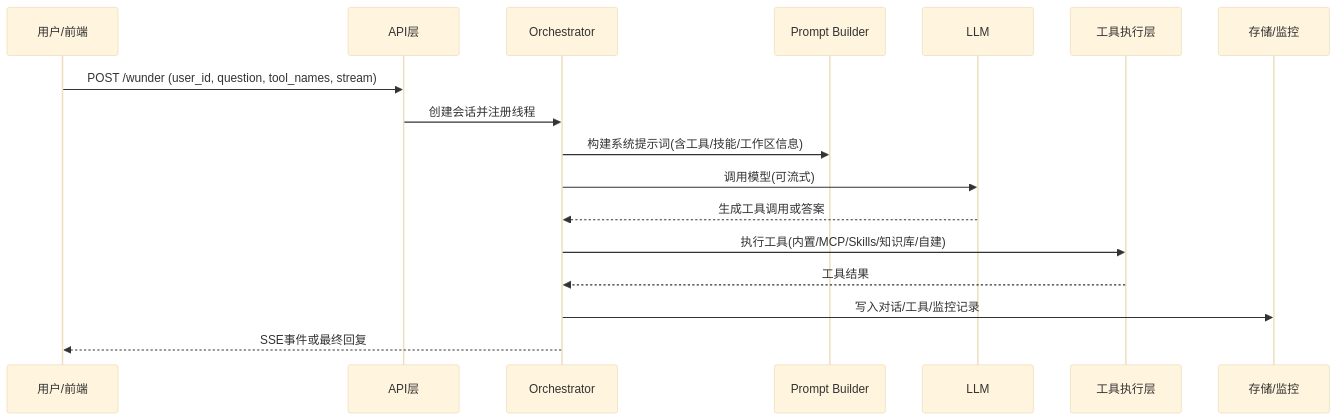
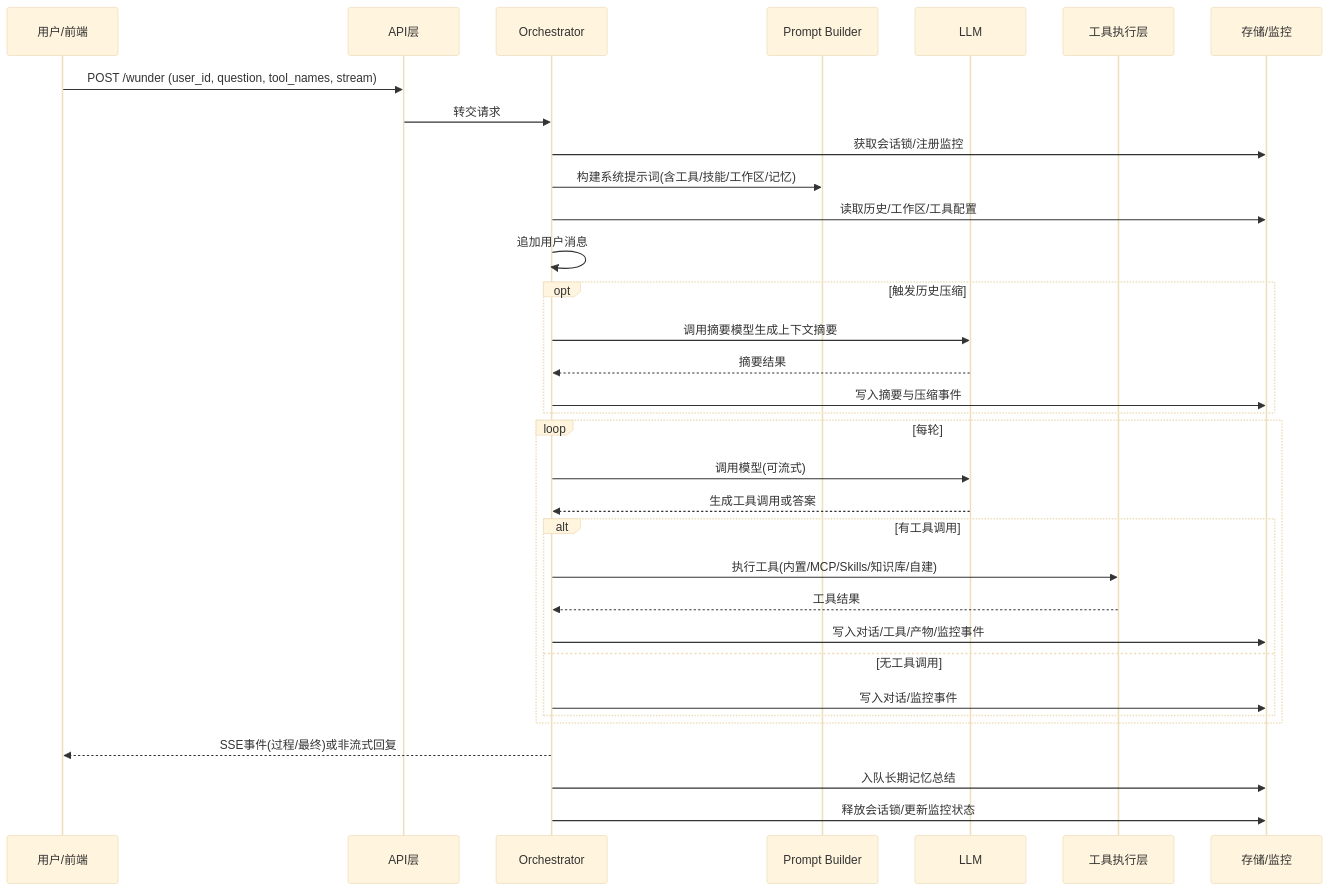
Before and after one commit to ylsdamxssjxxdd/wunder: the second of 5 diagrams in docs/系统介绍.md, drawn with Mermaid (base theme). The commit also changed other lines of this file and 5 other files, not shown here.

Commit message:
微调运行流程时序图以匹配当前编排实现

````diff
--- a/docs/系统介绍.md
+++ b/docs/系统介绍.md
@@ -55,20 +55,36 @@
 ```mermaid
 sequenceDiagram
   participant U as 用户/前端
   participant API as API层
   participant O as Orchestrator
   participant P as Prompt Builder
   participant L as LLM
   participant T as 工具执行层
   participant S as 存储/监控
 
   U->>API: POST /wunder (user_id, question, tool_names, stream)
-  API->>O: 创建会话并注册线程
-  O->>P: 构建系统提示词(含工具/技能/工作区信息)
-  O->>L: 调用模型(可流式)
-  L-->>O: 生成工具调用或答案
-  O->>T: 执行工具(内置/MCP/Skills/知识库/自建)
-  T-->>O: 工具结果
-  O->>S: 写入对话/工具/监控记录
-  O-->>U: SSE事件或最终回复
+  API->>O: 转交请求
+  O->>S: 获取会话锁/注册监控
+  O->>P: 构建系统提示词(含工具/技能/工作区/记忆)
+  O->>S: 读取历史/工作区/工具配置
+  O->>O: 追加用户消息
+  opt 触发历史压缩
+    O->>L: 调用摘要模型生成上下文摘要
+    L-->>O: 摘要结果
+    O->>S: 写入摘要与压缩事件
+  end
+  loop 每轮
+    O->>L: 调用模型(可流式)
+    L-->>O: 生成工具调用或答案
+    alt 有工具调用
+      O->>T: 执行工具(内置/MCP/Skills/知识库/自建)
+      T-->>O: 工具结果
+      O->>S: 写入对话/工具/产物/监控事件
+    else 无工具调用
+      O->>S: 写入对话/监控事件
+    end
+  end
+  O-->>U: SSE事件(过程/最终)或非流式回复
+  O->>S: 入队长期记忆总结
+  O->>S: 释放会话锁/更新监控状态
 ```
````
